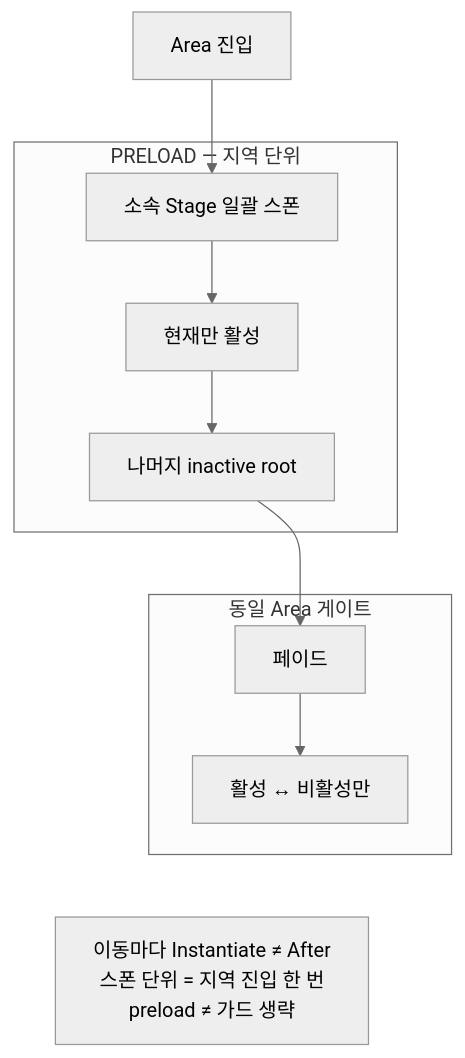
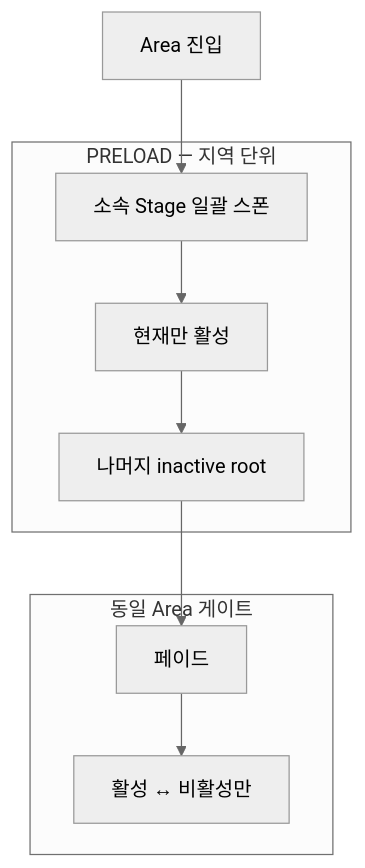
One commit to monet5379/monet5379.github.io changed the diagram in notes/stage-spawn-area-preload.md. Above: the diagram before and after it, drawn with Mermaid (neutral theme). The commit also changed other lines of this file and 24 other files, not shown here.

Commit message:
콘텐츠(notes): project 목록 FM과 복수 증명·Mermaid·회고 슬롯을 맞춥니다.

````diff
--- a/notes/stage-spawn-area-preload.md
+++ b/notes/stage-spawn-area-preload.md
@@ -58,19 +60,15 @@
 ```mermaid
 flowchart TD
   E["Area 진입"] --> P
 
   subgraph PRELOAD["PRELOAD — 지역 단위"]
     P["소속 Stage 일괄 스폰"] --> A["현재만 활성"]
     A --> I["나머지 inactive root"]
   end
 
   subgraph MOVE["동일 Area 게이트"]
     G["페이드"] --> S["활성 ↔ 비활성만"]
   end
 
   I --> G
-
-  NOTE["이동마다 Instantiate ≠ After<br/>스폰 단위 = 지역 진입 한 번<br/>preload ≠ 가드 생략"]
-  I ~~~ NOTE
-  S ~~~ NOTE
 ```
````
